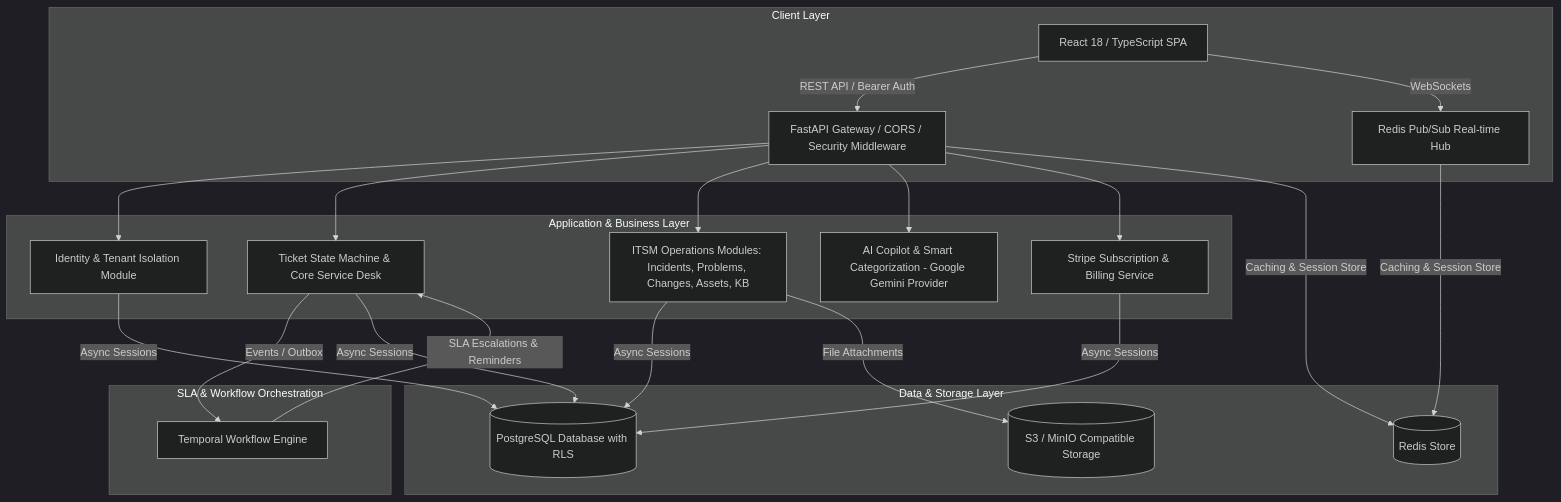
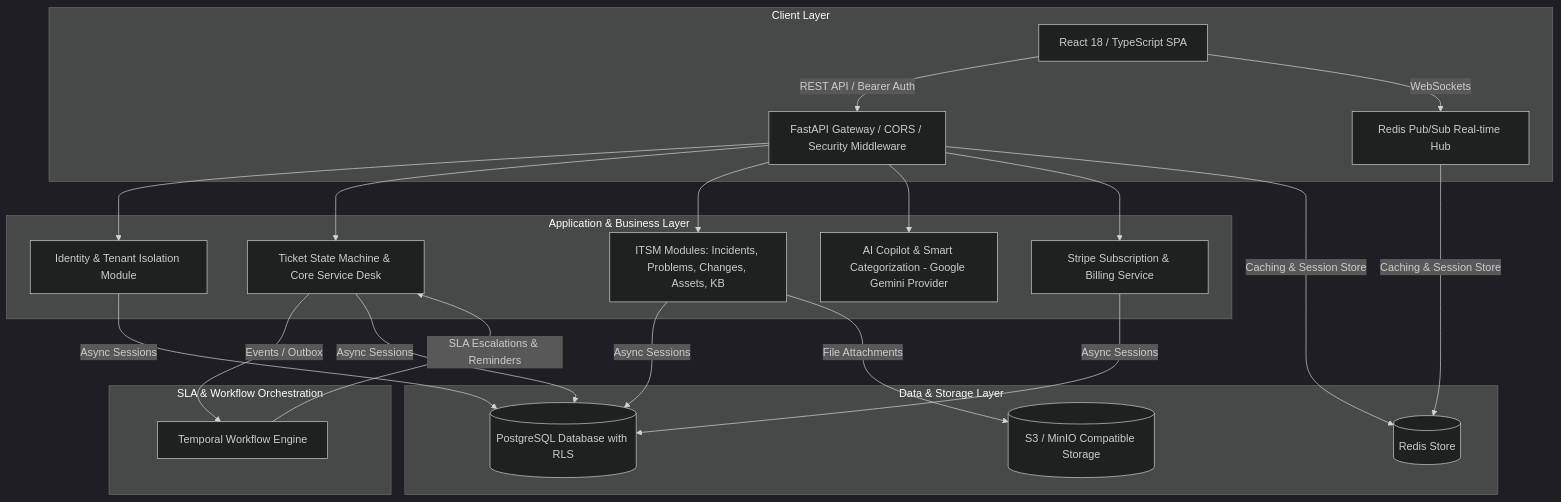
One commit to Kocherlasuhith12/resolve-hub changed the diagram in README.md. Above: the diagram before and after it, drawn with Mermaid (dark theme). The commit also changed other lines of this file, not shown here.

````diff
--- a/README.md
+++ b/README.md
@@ -27,26 +49,26 @@
 ```mermaid
 graph TD
     subgraph Client Layer
         A[React 18 / TypeScript SPA] -->|REST API / Bearer Auth| B[FastAPI Gateway / CORS / Security Middleware]
         A -->|WebSockets| C[Redis Pub/Sub Real-time Hub]
     end
 
     subgraph Application & Business Layer
         B --> D[Identity & Tenant Isolation Module]
         B --> E[Ticket State Machine & Core Service Desk]
-        B --> F[ITSM Operations Modules: Incidents, Problems, Changes, Assets, KB]
+        B --> F[ITSM Modules: Incidents, Problems, Changes, Assets, KB]
         B --> G[AI Copilot & Smart Categorization - Google Gemini Provider]
         B --> H[Stripe Subscription & Billing Service]
     end
 
     subgraph SLA & Workflow Orchestration
         E -->|Events / Outbox| I[Temporal Workflow Engine]
         I -->|SLA Escalations & Reminders| E
     end
 
     subgraph Data & Storage Layer
         D & E & F & H -->|Async Sessions| J[(PostgreSQL Database with RLS)]
         C & B -->|Caching & Session Store| K[(Redis Store)]
         F -->|File Attachments| L[(S3 / MinIO Compatible Storage)]
     end
 ```
````
